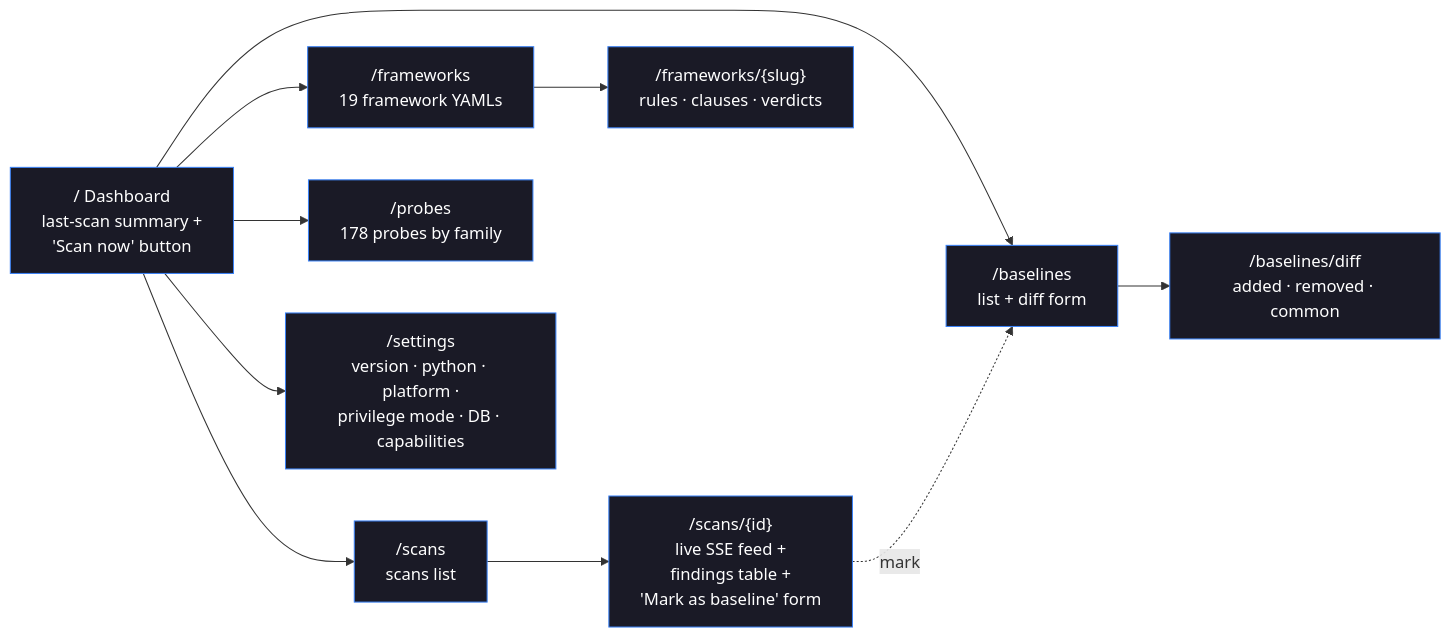
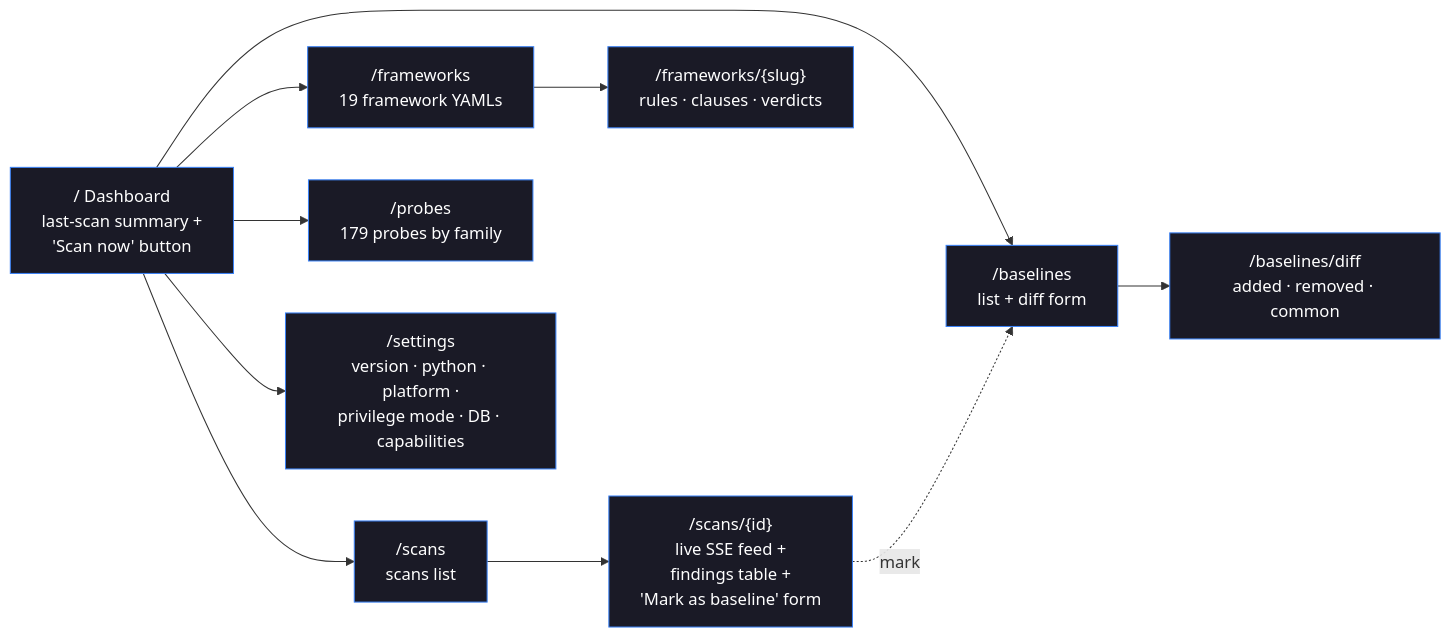
Before and after one commit to orengacademy/pqc-scanner2: the third of 7 diagrams in README.md, drawn with Mermaid. The commit also changed other lines of this file and 7 other files, not shown here.

````diff
--- a/README.md
+++ b/README.md
@@ -342,22 +342,22 @@
 ```mermaid
 flowchart LR
     HOME["/  Dashboard<br/>last-scan summary +<br/>'Scan now' button"]
     SCANS["/scans<br/>scans list"]
     DETAIL["/scans/{id}<br/>live SSE feed +<br/>findings table +<br/>'Mark as baseline' form"]
     FRAMEWORKS["/frameworks<br/>19 framework YAMLs"]
     FW_DET["/frameworks/{slug}<br/>rules · clauses · verdicts"]
-    PROBES["/probes<br/>178 probes by family"]
+    PROBES["/probes<br/>179 probes by family"]
     BASELINES["/baselines<br/>list + diff form"]
     DIFF["/baselines/diff<br/>added · removed · common"]
     SETTINGS["/settings<br/>version · python · platform ·<br/>privilege mode · DB · capabilities"]
 
     HOME --> SCANS --> DETAIL
     HOME --> FRAMEWORKS --> FW_DET
     HOME --> PROBES
     HOME --> BASELINES --> DIFF
     DETAIL -.mark.-> BASELINES
     HOME --> SETTINGS
 
     classDef page fill:#1a1a26,color:#fff,stroke:#3b82f6
     class HOME,SCANS,DETAIL,FRAMEWORKS,FW_DET,PROBES,BASELINES,DIFF,SETTINGS page
 ```
````
